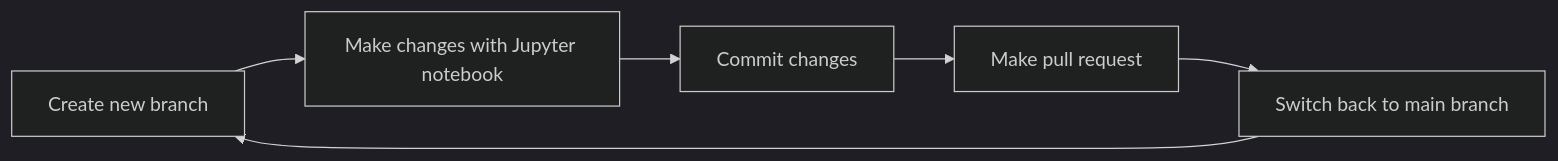
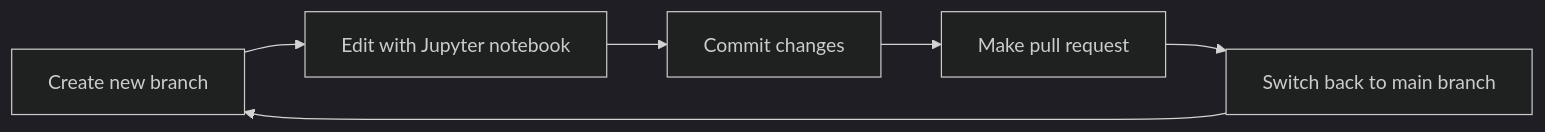
One commit to Qiskit/textbook changed the diagram in CONTRIBUTING.md. Above: the diagram before and after it, drawn with Mermaid (dark theme). The commit also changed other lines of this file, not shown here.

````diff
--- a/CONTRIBUTING.md
+++ b/CONTRIBUTING.md
@@ -151,13 +127,13 @@
 ```mermaid
 flowchart LR
   stepNewBranch[Create new branch]
-  stepEdit[Make changes with Jupyter notebook]
+  stepEdit[Edit with Jupyter notebook]
   stepCommit[Commit changes]
   stepShare[Make pull request]
   stepReset[Switch back to main branch]
   stepNewBranch --> stepEdit
   stepEdit --> stepCommit
   stepCommit --> stepShare
   stepShare --> stepReset
   stepReset --> stepNewBranch
 ```
````
